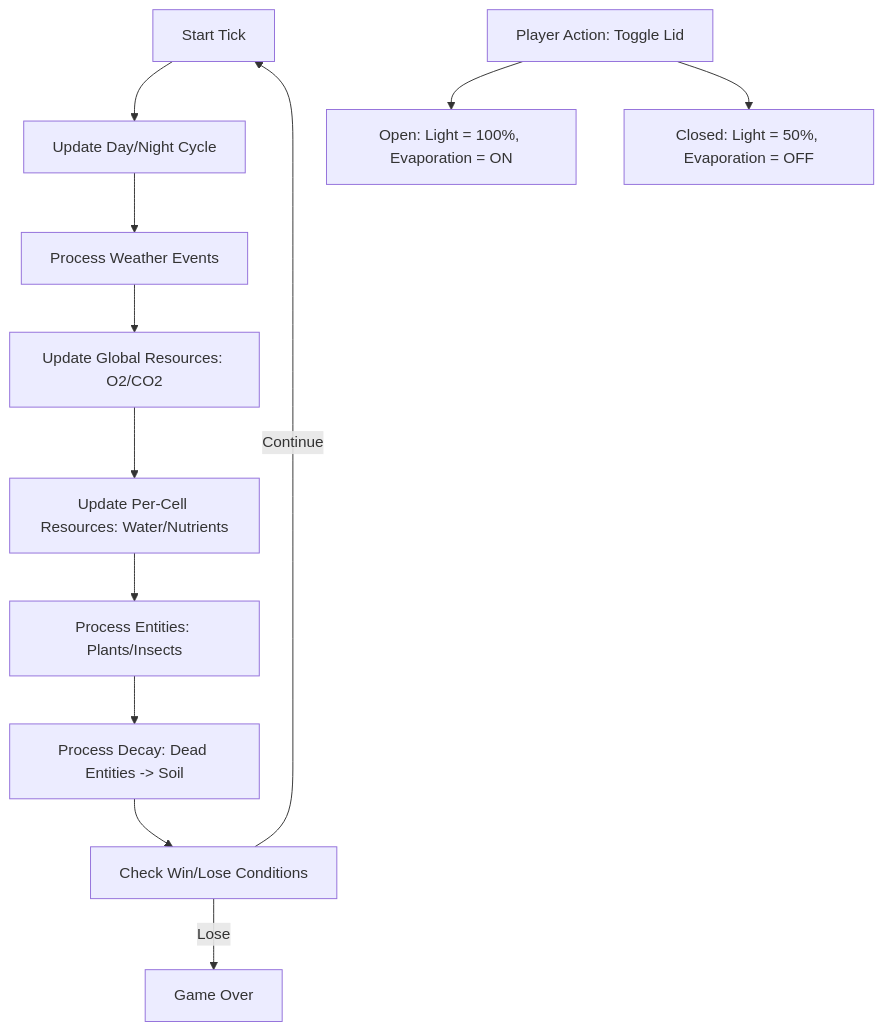
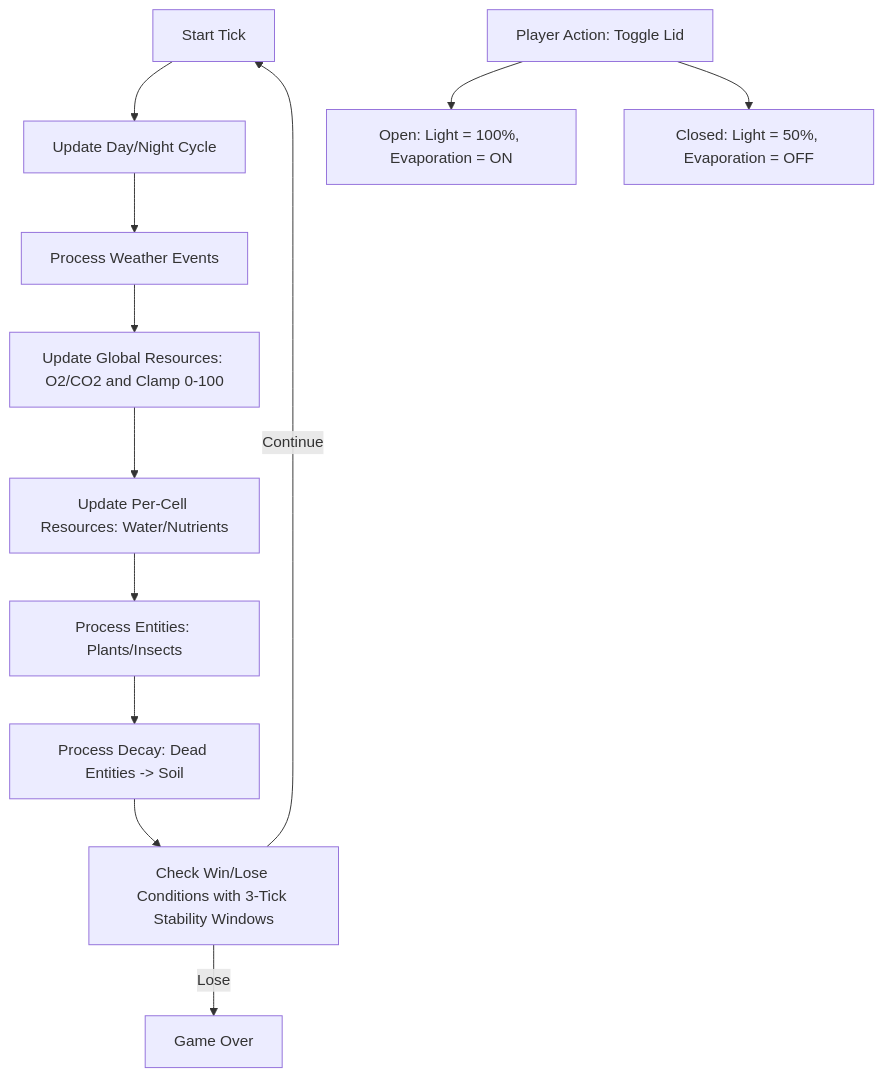
One commit to DenysVuika/terrarium changed the diagram in sandbox/terrarium-main-game-loop.md. Above: the diagram before and after it, drawn with Mermaid. The commit also changed 4 other files, not shown here.

````diff
--- a/sandbox/terrarium-main-game-loop.md
+++ b/sandbox/terrarium-main-game-loop.md
@@ -1,16 +1,16 @@
 ```mermaid
 flowchart TD
     A[Start Tick] --> B[Update Day/Night Cycle]
     B --> C[Process Weather Events]
-    C --> D[Update Global Resources: O2/CO2]
+    C --> D[Update Global Resources: O2/CO2 and Clamp 0-100]
     D --> E[Update Per-Cell Resources: Water/Nutrients]
     E --> F[Process Entities: Plants/Insects]
     F --> G[Process Decay: Dead Entities -> Soil]
-    G --> H[Check Win/Lose Conditions]
+    G --> H[Check Win/Lose Conditions with 3-Tick Stability Windows]
     H -->|Lose| I[Game Over]
     H -->|Continue| A
     
     %% Lid Mechanic
     J[Player Action: Toggle Lid] --> K[Open: Light = 100%, Evaporation = ON]
     J --> L[Closed: Light = 50%, Evaporation = OFF]
 ```
````
